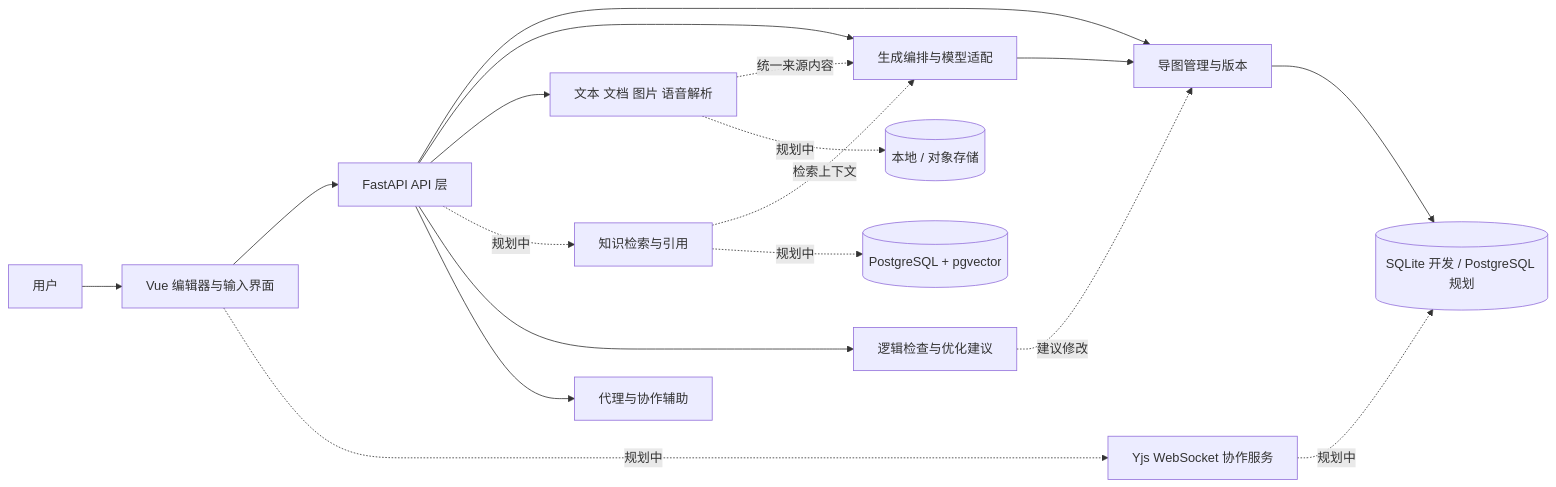
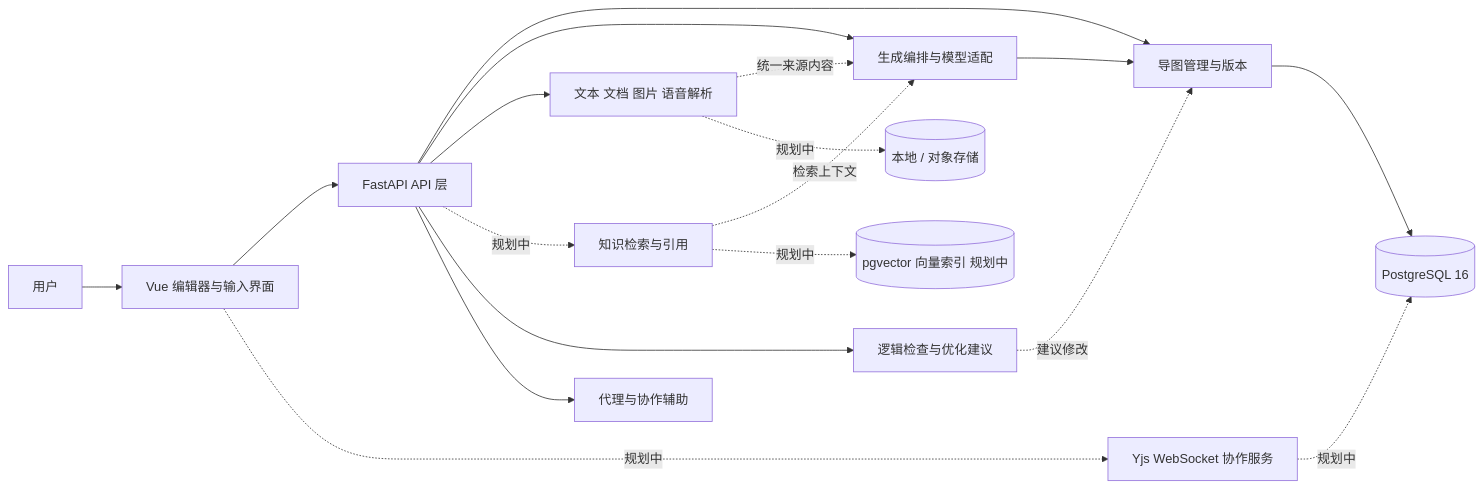
One commit to RPeGio/genai-mindmap changed the diagram in docs/ARCHITECTURE.md. Above: the diagram before and after it, drawn with Mermaid. The commit also changed other lines of this file and 102 other files, not shown here.

First line of the commit message:
feat: 存储从 SQLite 单文件迁到 PostgreSQL 16

````diff
--- a/docs/ARCHITECTURE.md
+++ b/docs/ARCHITECTURE.md
@@ -7,20 +7,20 @@
 ```mermaid
 flowchart LR
   U[用户] --> UI[Vue 编辑器与输入界面]
   UI --> API[FastAPI API 层]
   UI -. 规划中 .-> Y[Yjs WebSocket 协作服务]
   API --> MAP[导图管理与版本]
   API --> GEN[生成编排与模型适配]
   API --> INGEST[文本 文档 图片 语音解析]
   API -. 规划中 .-> RAG[知识检索与引用]
   API --> OPT[逻辑检查与优化建议]
   API --> AGENT[代理与协作辅助]
   INGEST -. 统一来源内容 .-> GEN
   RAG -. 检索上下文 .-> GEN
   GEN --> MAP
   OPT -. 建议修改 .-> MAP
-  MAP --> DB[(SQLite 开发 / PostgreSQL 规划)]
-  RAG -. 规划中 .-> VEC[(PostgreSQL + pgvector)]
+  MAP --> DB[(PostgreSQL 16)]
+  RAG -. 规划中 .-> VEC[(pgvector 向量索引 规划中)]
   INGEST -. 规划中 .-> FILE[(本地 / 对象存储)]
   Y -. 规划中 .-> DB
 ```
````
